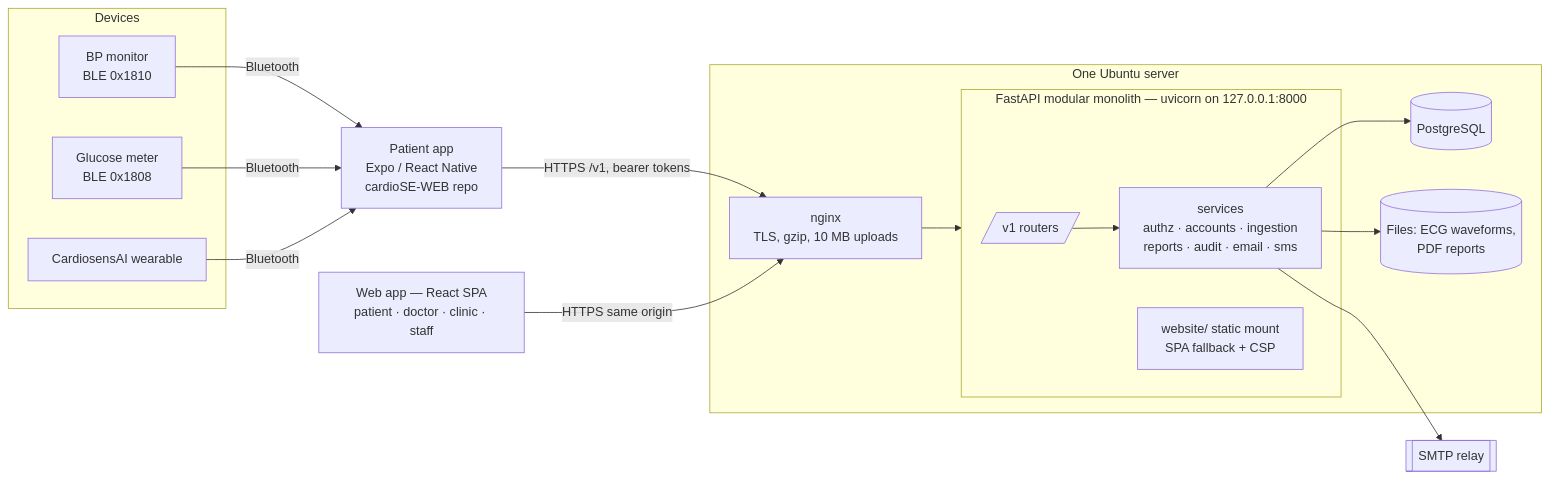
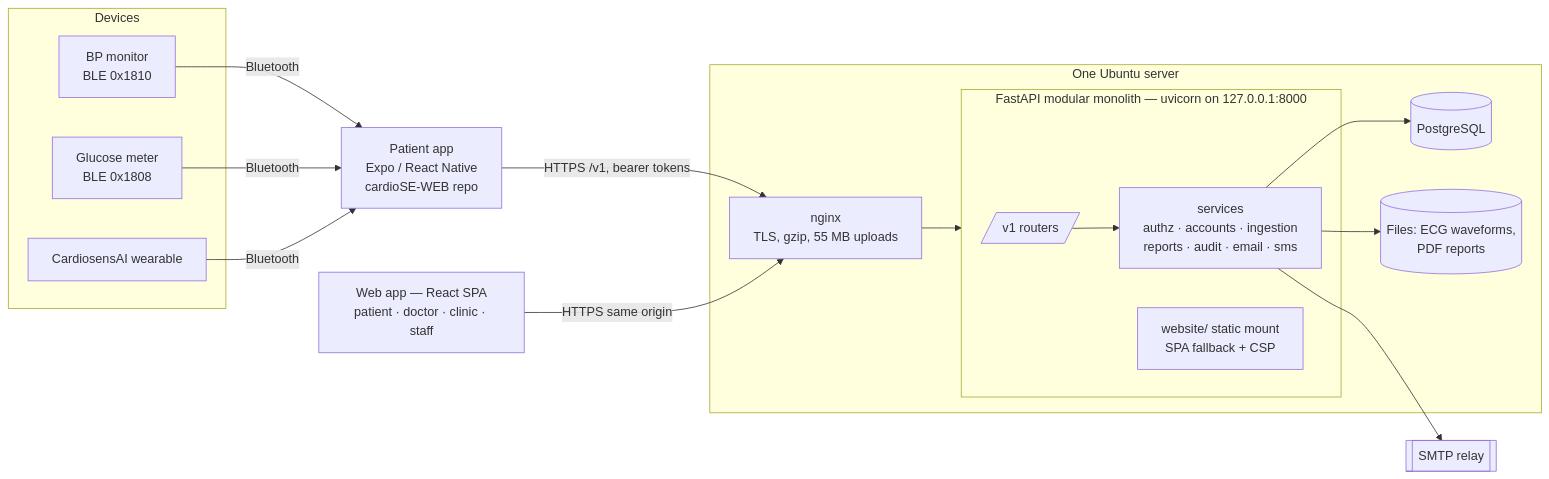
Before and after one commit to mazumdersayon-del/cardiosensAI_backend: the first of 4 diagrams in README.md, drawn with Mermaid. The commit also changed other lines of this file and 3 other files, not shown here.

````diff
--- a/README.md
+++ b/README.md
@@ -146,28 +375,28 @@
 ```mermaid
 flowchart LR
   subgraph Devices
     BP[BP monitor<br/>BLE 0x1810]
     GL[Glucose meter<br/>BLE 0x1808]
     WR[CardiosensAI wearable]
   end
   App[Patient app<br/>Expo / React Native<br/>cardioSE-WEB repo]
   Web[Web app — React SPA<br/>patient · doctor · clinic · staff]
   subgraph Server[One Ubuntu server]
-    NG[nginx<br/>TLS, gzip, 10 MB uploads]
+    NG[nginx<br/>TLS, gzip, 55 MB uploads]
     subgraph API[FastAPI modular monolith — uvicorn on 127.0.0.1:8000]
       R[/v1 routers/]
       S[services<br/>authz · accounts · ingestion<br/>reports · audit · email · sms]
       SITE[website/ static mount<br/>SPA fallback + CSP]
     end
     PG[(PostgreSQL)]
     FS[(Files: ECG waveforms,<br/>PDF reports)]
   end
   SMTP[[SMTP relay]]
   BP & GL & WR -- Bluetooth --> App
   App -- HTTPS /v1, bearer tokens --> NG
   Web -- HTTPS same origin --> NG
   NG --> API
   R --> S --> PG
   S --> FS
   S --> SMTP
 ```
````
